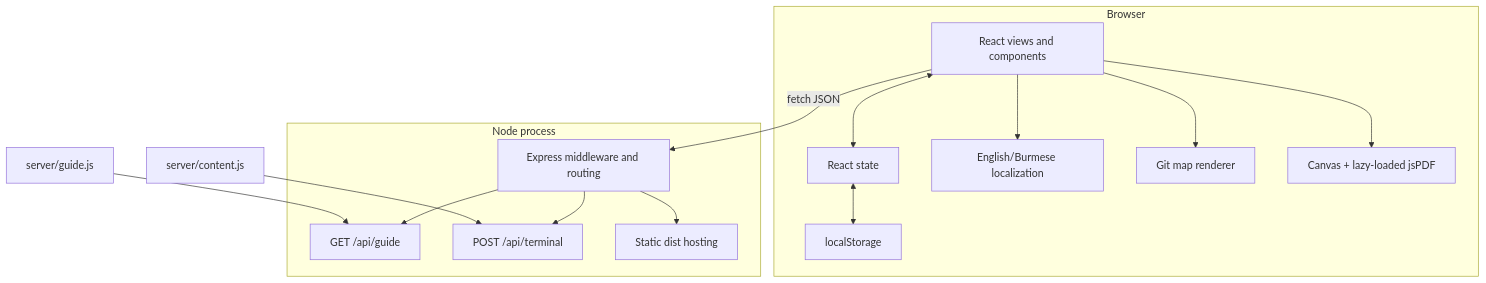
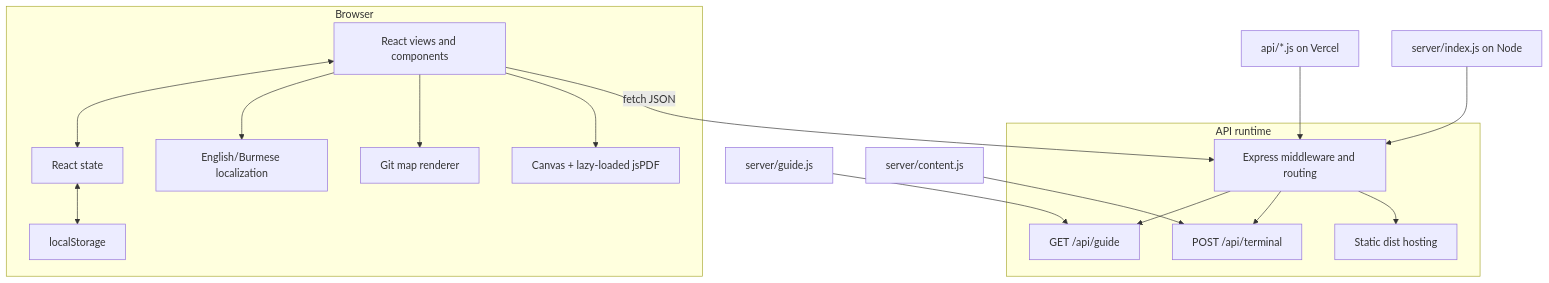
Before and after one commit to MoriartyLink/git-guide: the second of 9 diagrams in docs/ARCHITECTURE.md, drawn with Mermaid. The commit also changed other lines of this file and 10 other files, not shown here.

Commit message:
Add Vercel API functions and expanded contributor lessons

````diff
--- a/docs/ARCHITECTURE.md
+++ b/docs/ARCHITECTURE.md
@@ -29,30 +29,32 @@
 ```mermaid
 flowchart TB
     subgraph Browser
         UI["React views and components"]
         State["React state"]
         Localize["English/Burmese localization"]
         GitMap["Git map renderer"]
         PDF["Canvas + lazy-loaded jsPDF"]
         LS["localStorage"]
         UI <--> State
         UI --> Localize
         UI --> GitMap
         UI --> PDF
         State <--> LS
     end
 
-    subgraph Node_Process["Node process"]
+    subgraph API_Runtime["API runtime"]
         Express["Express middleware and routing"]
         GuideRoute["GET /api/guide"]
         TerminalRoute["POST /api/terminal"]
         Static["Static dist hosting"]
         Express --> GuideRoute
         Express --> TerminalRoute
         Express --> Static
     end
 
     GuideData["server/guide.js"] --> GuideRoute
     TerminalData["server/content.js"] --> TerminalRoute
     UI -->|fetch JSON| Express
+    Vercel["api/*.js on Vercel"] --> Express
+    Node["server/index.js on Node"] --> Express
 ```
````
